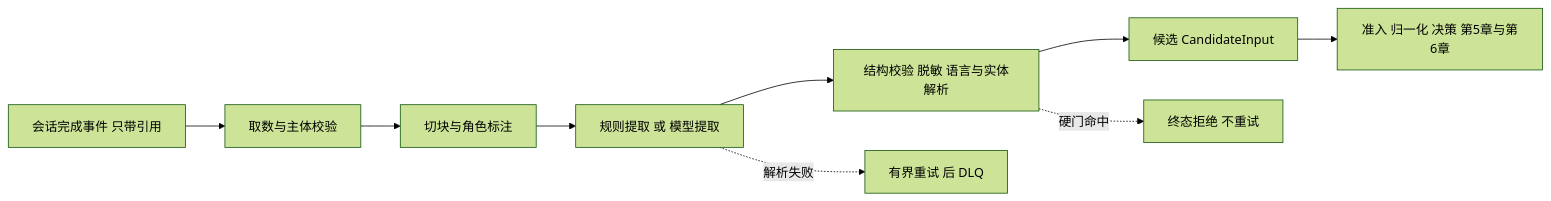
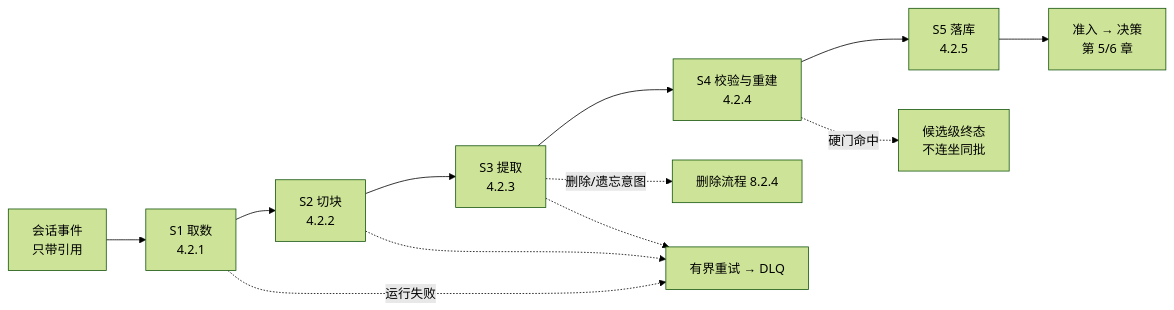
Before and after one commit to luming1617/mms: the first of 10 diagrams in docs/2-详细设计/04-记忆抽取.md, drawn with Mermaid (forest theme). The commit also changed other lines of this file and 37 other files, not shown here.

````diff
--- a/docs/2-详细设计/04-记忆抽取.md
+++ b/docs/2-详细设计/04-记忆抽取.md
@@ -7,11 +7,14 @@
 ```mermaid
 flowchart LR
-  E0["会话完成事件 只带引用"] --> E1["取数与主体校验"]
-  E1 --> E2["切块与角色标注"]
-  E2 --> E3["规则提取 或 模型提取"]
-  E3 --> E4["结构校验 脱敏 语言与实体解析"]
-  E4 --> E5["候选 CandidateInput"]
-  E5 --> E6["准入 归一化 决策 第5章与第6章"]
-  E3 -.->|解析失败| F1["有界重试 后 DLQ"]
-  E4 -.->|硬门命中| F2["终态拒绝 不重试"]
+  E["会话事件<br/>只带引用"] --> S1["S1 取数<br/>4.2.1"]
+  S1 --> S2["S2 切块<br/>4.2.2"]
+  S2 --> S3["S3 提取<br/>4.2.3"]
+  S3 --> S4["S4 校验与重建<br/>4.2.4"]
+  S4 --> S5["S5 落库<br/>4.2.5"]
+  S5 --> D["准入 → 决策<br/>第 5/6 章"]
+  S3 -.->|删除/遗忘意图| DEL["删除流程 8.2.4"]
+  S4 -.->|硬门命中| REJ["候选级终态<br/>不连坐同批"]
+  S1 -.->|运行失败| RT["有界重试 → DLQ"]
+  S2 -.-> RT
+  S3 -.-> RT
 ```
````
